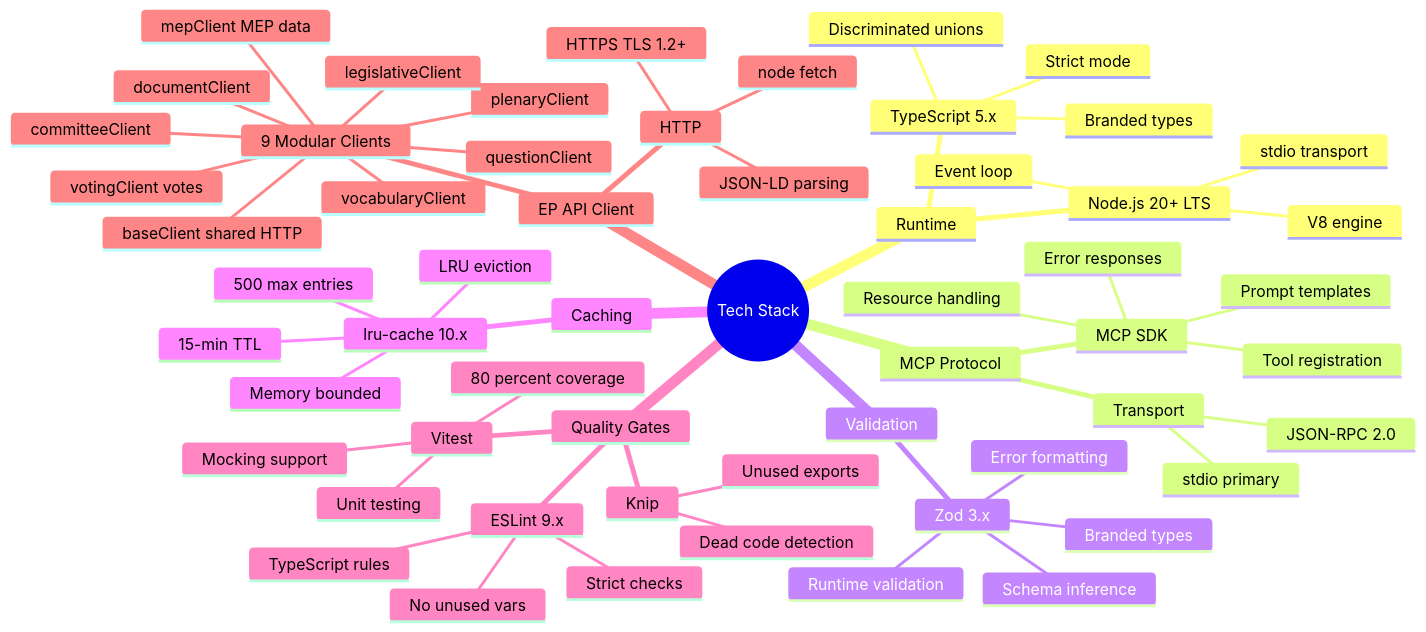
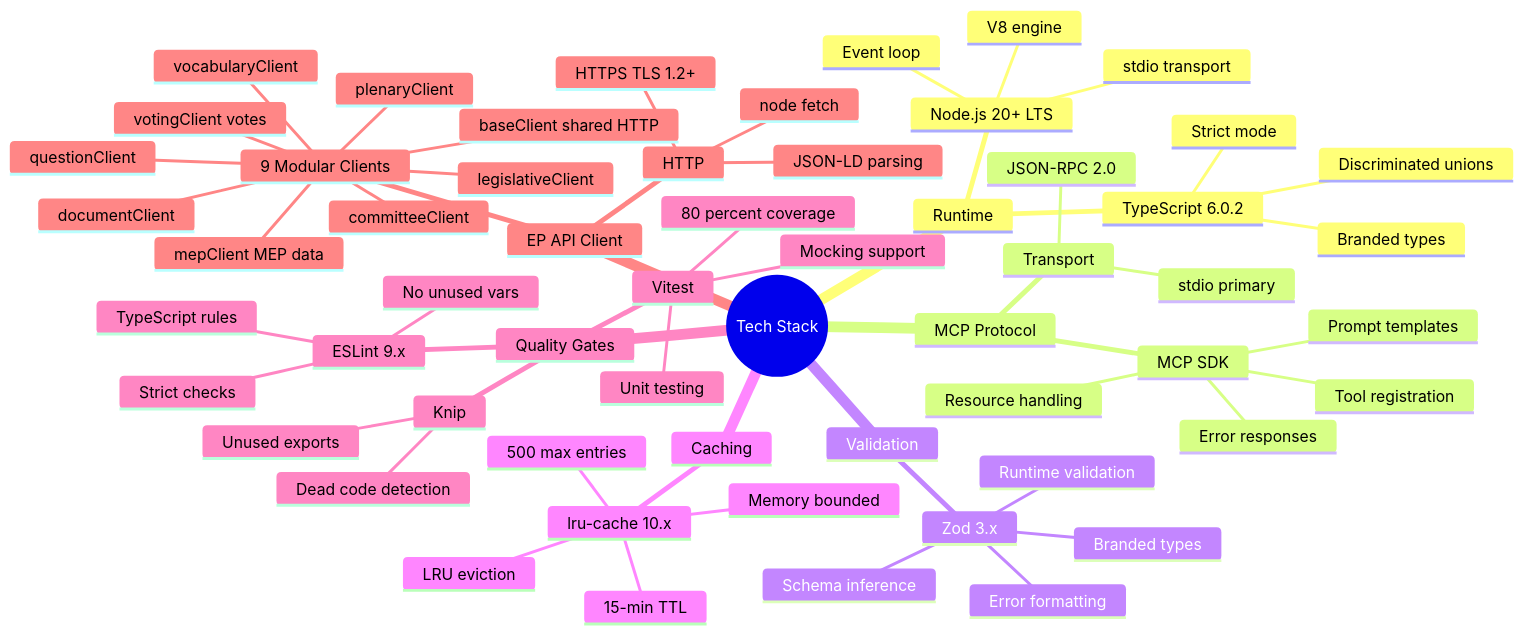
Before and after one commit to Hack23/European-Parliament-MCP-Server: the fifth of 5 diagrams in MINDMAP.md, drawn with Mermaid. The commit also changed 15 other files, not shown here.

First line of the commit message:
chore: upgrade to TypeScript 6.0.2

````diff
--- a/MINDMAP.md
+++ b/MINDMAP.md
@@ -377,61 +377,61 @@
 ```mermaid
 mindmap
   root((Tech Stack))
     Runtime
       Node.js 20+ LTS
         V8 engine
         Event loop
         stdio transport
-      TypeScript 5.x
+      TypeScript 6.0.2
         Strict mode
         Branded types
         Discriminated unions
     MCP Protocol
       MCP SDK
         Tool registration
         Resource handling
         Prompt templates
         Error responses
       Transport
         stdio primary
         JSON-RPC 2.0
     Validation
       Zod 3.x
         Runtime validation
         Branded types
         Schema inference
         Error formatting
     Caching
       lru-cache 10.x
         500 max entries
         15-min TTL
         LRU eviction
         Memory bounded
     Quality Gates
       ESLint 9.x
         TypeScript rules
         No unused vars
         Strict checks
       Knip
         Dead code detection
         Unused exports
       Vitest
         Unit testing
         80 percent coverage
         Mocking support
     EP API Client
       9 Modular Clients
         baseClient shared HTTP
         mepClient MEP data
         votingClient votes
         committeeClient
         plenaryClient
         documentClient
         legislativeClient
         questionClient
         vocabularyClient
       HTTP
         node fetch
         HTTPS TLS 1.2+
         JSON-LD parsing
 ```
````
